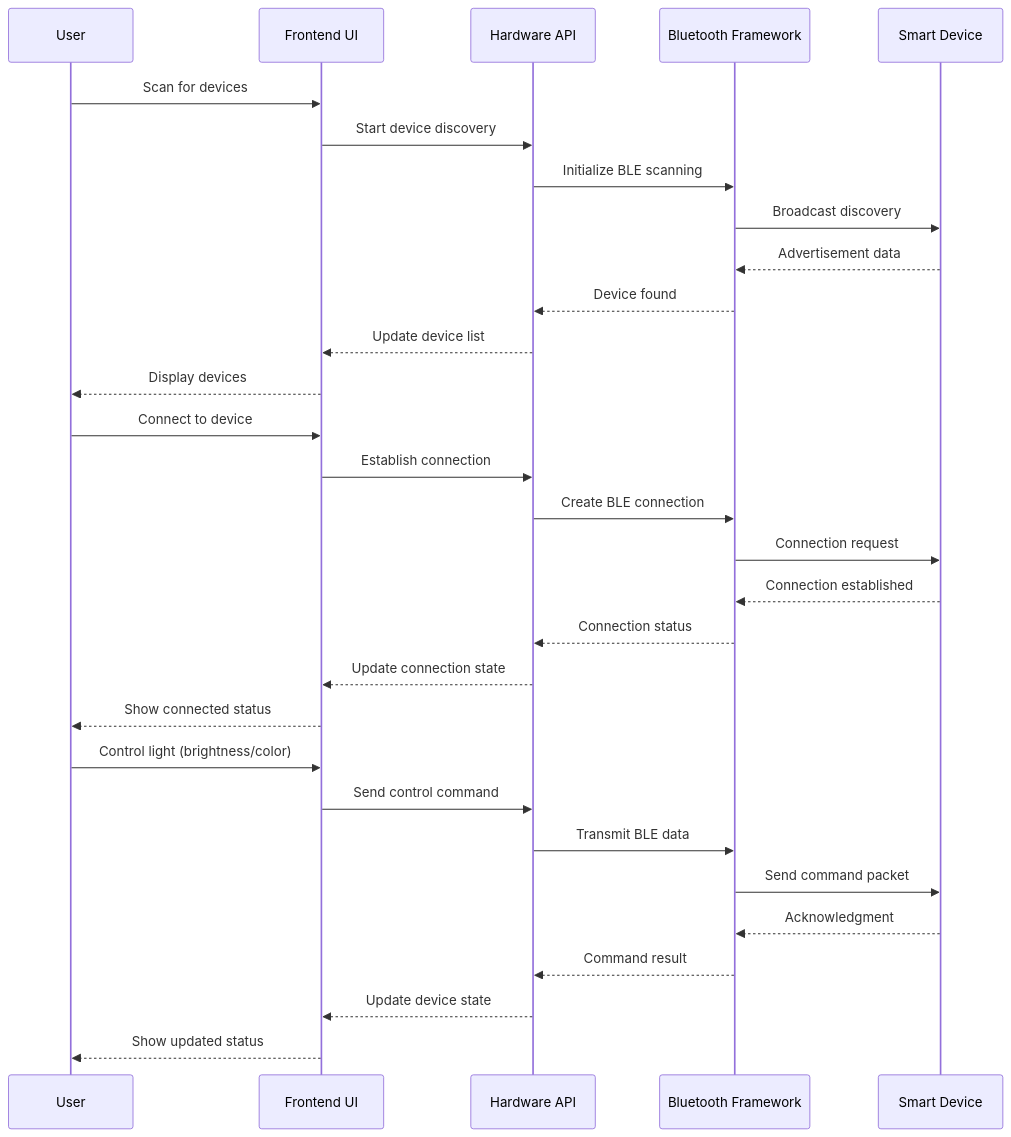
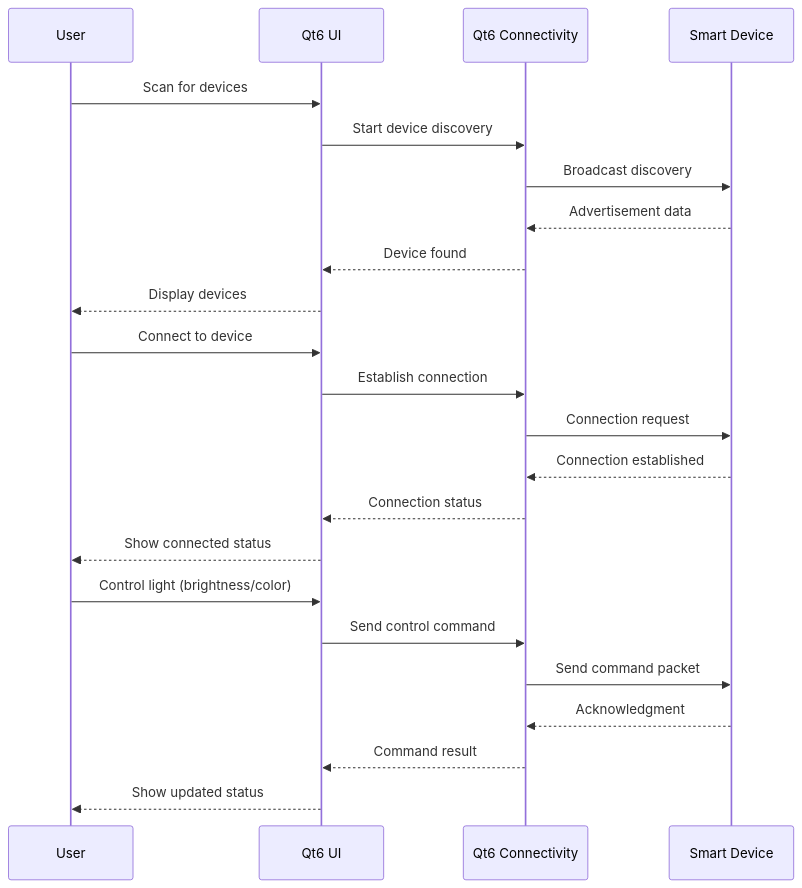
One commit to hchia93/bt-lumina changed the second of 3 diagrams in README.md. Above: the diagram before and after it, drawn with Mermaid. The commit also changed other lines of this file and 5 other files, not shown here.

````diff
--- a/README.md
+++ b/README.md
@@ -71,35 +70,28 @@
 ```mermaid
 sequenceDiagram
     participant User
-    participant UI as Frontend UI
-    participant API as Hardware API
-    participant BLE as Bluetooth Framework
+    participant UI as Qt6 UI
+    participant BLE as Qt6 Connectivity
     participant Device as Smart Device
     
     User->>UI: Scan for devices
-    UI->>API: Start device discovery
-    API->>BLE: Initialize BLE scanning
+    UI->>BLE: Start device discovery
     BLE->>Device: Broadcast discovery
     Device-->>BLE: Advertisement data
-    BLE-->>API: Device found
-    API-->>UI: Update device list
+    BLE-->>UI: Device found
     UI-->>User: Display devices
     
     User->>UI: Connect to device
-    UI->>API: Establish connection
-    API->>BLE: Create BLE connection
+    UI->>BLE: Establish connection
     BLE->>Device: Connection request
     Device-->>BLE: Connection established
-    BLE-->>API: Connection status
-    API-->>UI: Update connection state
+    BLE-->>UI: Connection status
     UI-->>User: Show connected status
     
     User->>UI: Control light (brightness/color)
-    UI->>API: Send control command
-    API->>BLE: Transmit BLE data
+    UI->>BLE: Send control command
     BLE->>Device: Send command packet
     Device-->>BLE: Acknowledgment
-    BLE-->>API: Command result
-    API-->>UI: Update device state
+    BLE-->>UI: Command result
     UI-->>User: Show updated status
 ```
````
